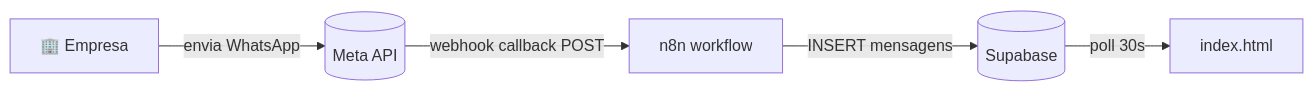
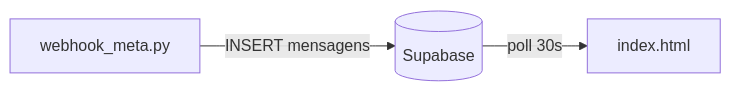
One commit to safehelp-agentes/Mensageria_ASOs changed the ninth of 9 diagrams in ARCHITECTURE.md. Above: the diagram before and after it, drawn with Mermaid. The commit also changed other lines of this file and 1 other file, not shown here.

````diff
--- a/ARCHITECTURE.md
+++ b/ARCHITECTURE.md
@@ -363,7 +411,5 @@
 ```mermaid
 graph LR
-    Empresa[🏢 Empresa] -->|envia WhatsApp| Meta[(Meta API)]
-    Meta -->|webhook callback POST| N8N[n8n workflow]
-    N8N -->|INSERT mensagens| SB[(Supabase)]
+    WH[webhook_meta.py] -->|INSERT mensagens| SB[(Supabase)]
     SB -->|poll 30s| CRM[index.html]
 ```
````
